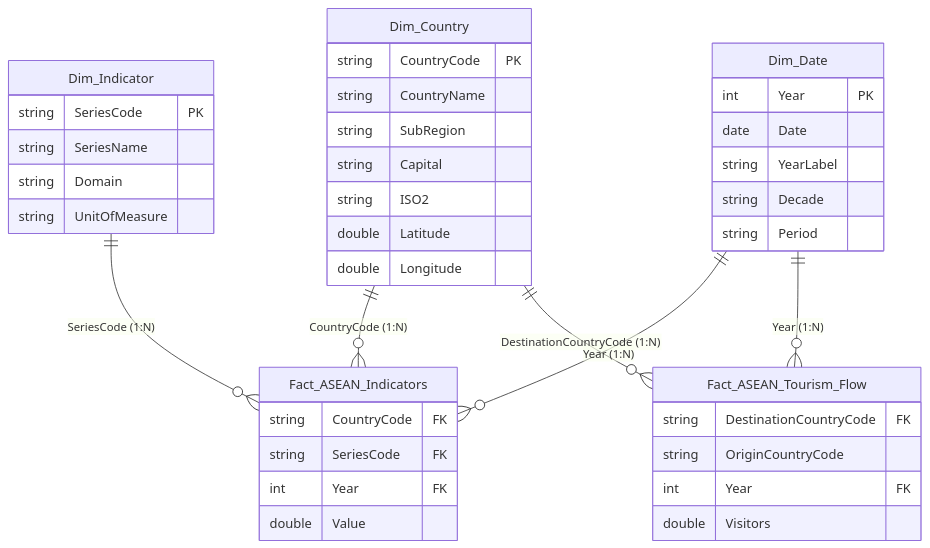
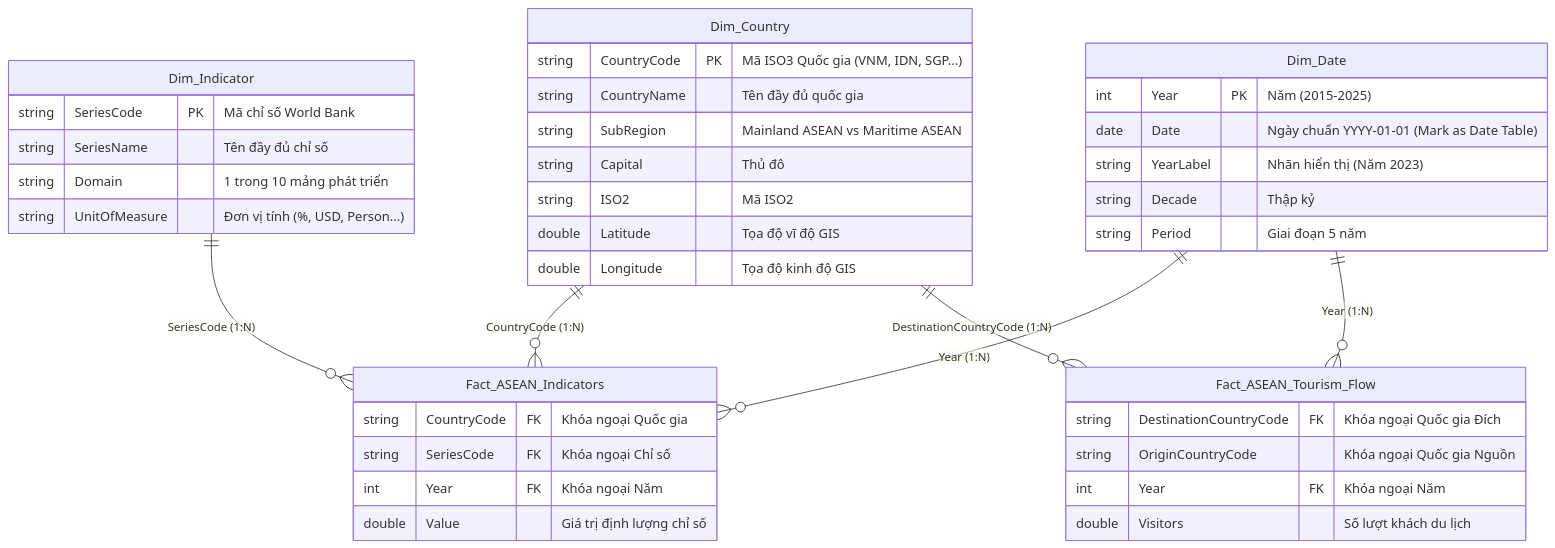
Before and after one commit to Thehy-IT/capstone-asean_overview_analysis: the diagram in README.md, drawn with Mermaid. The commit also changed other lines of this file, not shown here.

````diff
--- a/README.md
+++ b/README.md
@@ -75,47 +93,47 @@
 ```mermaid
 erDiagram
     Dim_Country ||--o{ Fact_ASEAN_Indicators : "CountryCode (1:N)"
     Dim_Indicator ||--o{ Fact_ASEAN_Indicators : "SeriesCode (1:N)"
     Dim_Date ||--o{ Fact_ASEAN_Indicators : "Year (1:N)"
     Dim_Country ||--o{ Fact_ASEAN_Tourism_Flow : "DestinationCountryCode (1:N)"
     Dim_Date ||--o{ Fact_ASEAN_Tourism_Flow : "Year (1:N)"
 
     Dim_Country {
-        string CountryCode PK
-        string CountryName
-        string SubRegion
-        string Capital
-        string ISO2
-        double Latitude
-        double Longitude
+        string CountryCode PK "Mã ISO3 Quốc gia (VNM, IDN, SGP...)"
+        string CountryName "Tên đầy đủ quốc gia"
+        string SubRegion "Mainland ASEAN vs Maritime ASEAN"
+        string Capital "Thủ đô"
+        string ISO2 "Mã ISO2"
+        double Latitude "Tọa độ vĩ độ GIS"
+        double Longitude "Tọa độ kinh độ GIS"
     }
 
     Dim_Indicator {
-        string SeriesCode PK
-        string SeriesName
-        string Domain
-        string UnitOfMeasure
+        string SeriesCode PK "Mã chỉ số World Bank"
+        string SeriesName "Tên đầy đủ chỉ số"
+        string Domain "1 trong 10 mảng phát triển"
+        string UnitOfMeasure "Đơn vị tính (%, USD, Person...)"
     }
 
     Dim_Date {
-        int Year PK
-        date Date
-        string YearLabel
-        string Decade
-        string Period
+        int Year PK "Năm (2015-2025)"
+        date Date "Ngày chuẩn YYYY-01-01 (Mark as Date Table)"
+        string YearLabel "Nhãn hiển thị (Năm 2023)"
+        string Decade "Thập kỷ"
+        string Period "Giai đoạn 5 năm"
     }
 
     Fact_ASEAN_Indicators {
-        string CountryCode FK
-        string SeriesCode FK
-        int Year FK
-        double Value
+        string CountryCode FK "Khóa ngoại Quốc gia"
+        string SeriesCode FK "Khóa ngoại Chỉ số"
+        int Year FK "Khóa ngoại Năm"
+        double Value "Giá trị định lượng chỉ số"
     }
 
     Fact_ASEAN_Tourism_Flow {
-        string DestinationCountryCode FK
-        string OriginCountryCode
-        int Year FK
-        double Visitors
+        string DestinationCountryCode FK "Khóa ngoại Quốc gia Đích"
+        string OriginCountryCode "Khóa ngoại Quốc gia Nguồn"
+        int Year FK "Khóa ngoại Năm"
+        double Visitors "Số lượt khách du lịch"
     }
 ```
````
